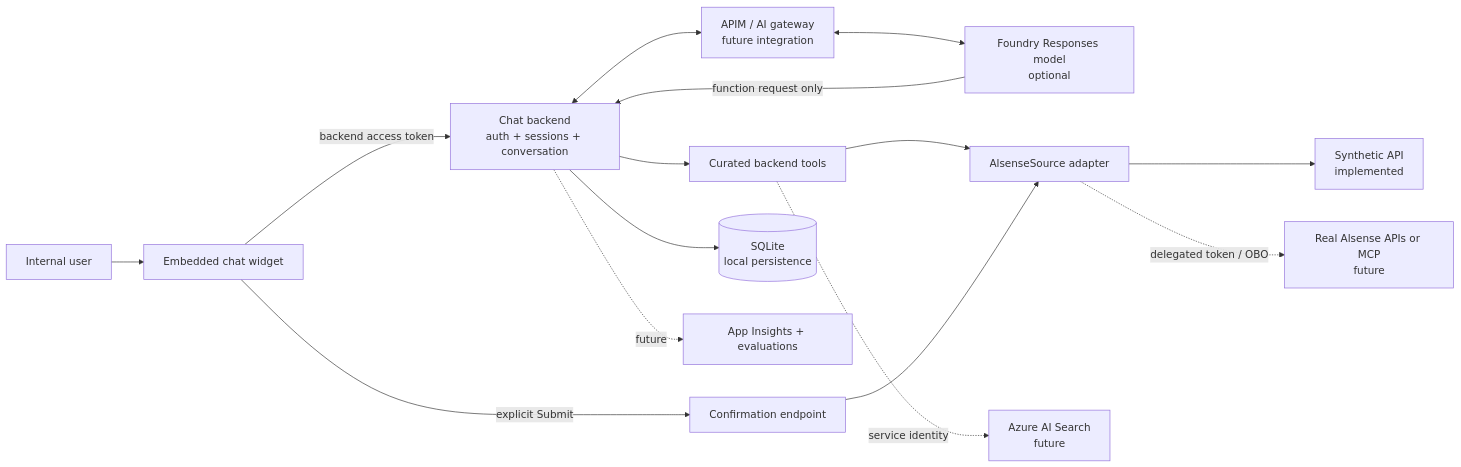
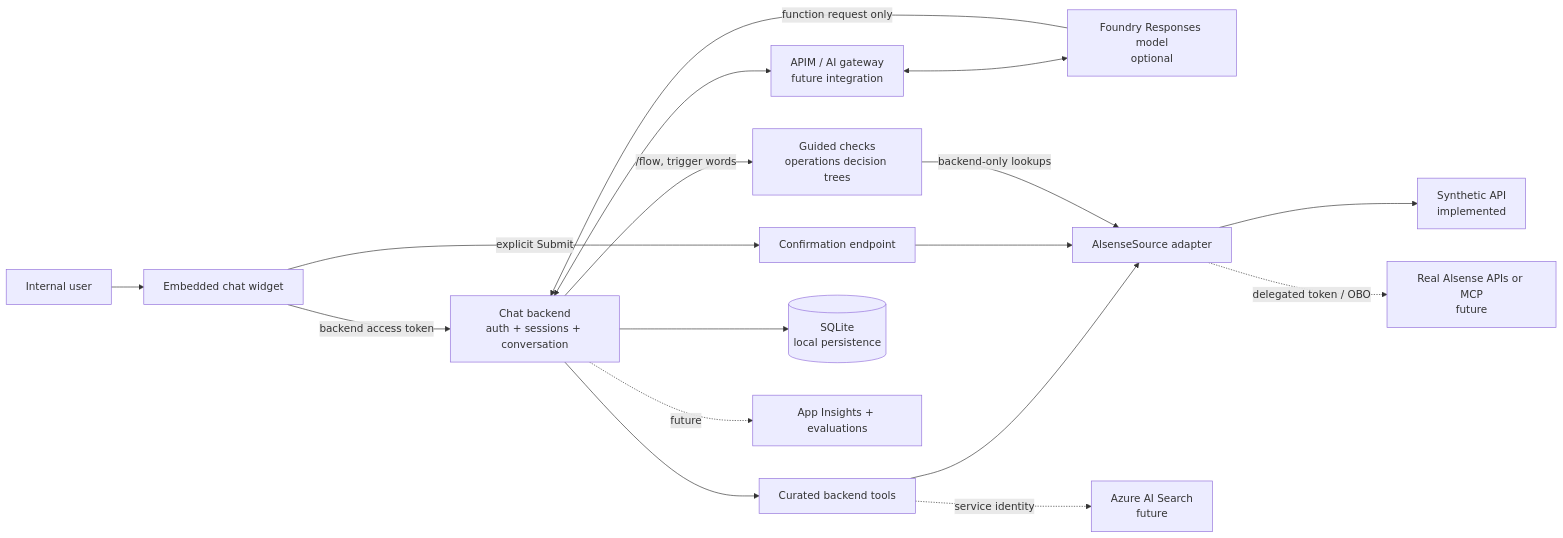
Before and after one commit to amir0135/alsense-chat-starter: the diagram in docs/architecture.md, drawn with Mermaid. The commit also changed 1 other file, not shown here.

Commit message:
Update architecture diagram with guided troubleshooting
Add the guided checks engine, flow definitions (synthetic sample in the
repository, customer trees local only) and the backend-only health-check
lookup to the animated draw.io diagram and the Mermaid sketch. The teal
path shows decision-tree steps running without the model.

Copilot-Session: 1d249087-729c-414c-b42d-cf0836f73439

````diff
--- a/docs/architecture.md
+++ b/docs/architecture.md
@@ -6,17 +6,19 @@
 ```mermaid
 flowchart LR
     U[Internal user] --> W[Embedded chat widget]
     W -->|backend access token| B[Chat backend<br/>auth + sessions + conversation]
     B <--> G[APIM / AI gateway<br/>future integration]
     G <--> F[Foundry Responses model<br/>optional]
     F -->|function request only| B
     B --> T[Curated backend tools]
     T --> P[AlsenseSource adapter]
     P --> M[Synthetic API<br/>implemented]
     P -. delegated token / OBO .-> A[Real Alsense APIs or MCP<br/>future]
     T -. service identity .-> K[Azure AI Search<br/>future]
     W -->|explicit Submit| C[Confirmation endpoint]
     C --> P
+    B -->|/flow, trigger words| R[Guided checks<br/>operations decision trees]
+    R -->|backend-only lookups| P
     B --> D[(SQLite<br/>local persistence)]
     B -. future .-> O[App Insights + evaluations]
 ```
````
